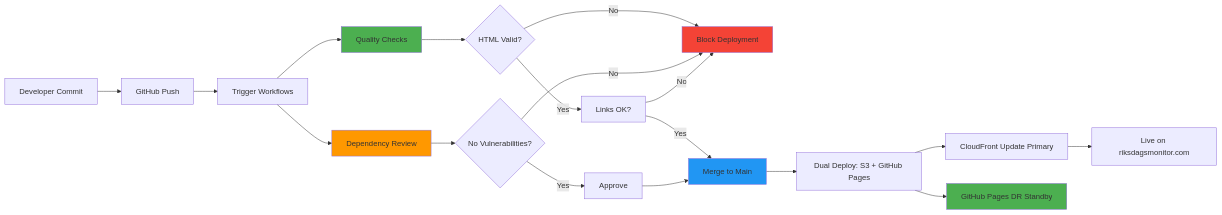
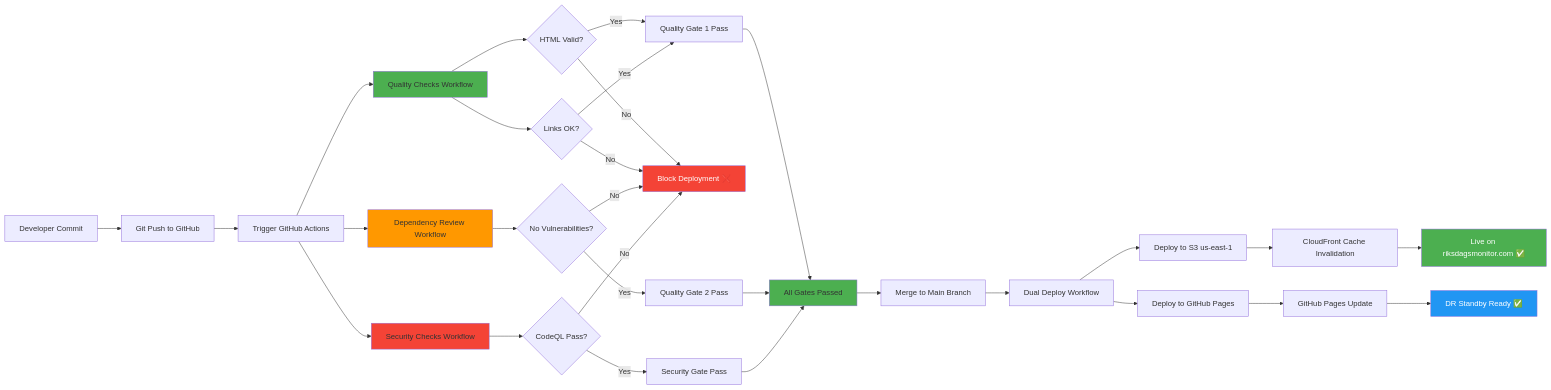
The fifth of 15 diagrams in ARCHITECTURE.md (Hack23/riksdagsmonitor), drawn with Mermaid before and after one commit. The commit also changed other lines of this file, not shown here.

Commit message:
docs: restructure ARCHITECTURE.md to C4 standard with header, doc map, C4 views, layers, patterns, and footer

````diff
--- a/ARCHITECTURE.md
+++ b/ARCHITECTURE.md
@@ -139,32 +380,44 @@
 ```mermaid
 graph LR
-    A[Developer Commit] --> B[GitHub Push]
-    B --> C[Trigger Workflows]
+    A[Developer Commit] --> B[Git Push to GitHub]
+    B --> C[Trigger GitHub Actions]
     
-    C --> D[Quality Checks]
-    C --> E[Dependency Review]
+    C --> D[Quality Checks Workflow]
+    C --> E[Dependency Review Workflow]
+    C --> F[Security Checks Workflow]
     
-    D --> F{HTML Valid?}
-    E --> G{No Vulnerabilities?}
+    D --> G{HTML Valid?}
+    D --> H{Links OK?}
+    E --> I{No Vulnerabilities?}
+    F --> J{CodeQL Pass?}
     
-    F -->|Yes| H[Links OK?]
-    F -->|No| I[Block Deployment]
+    G -->|Yes| K[Quality Gate 1 Pass]
+    G -->|No| L[Block Deployment ❌]
+    H -->|Yes| K
+    H -->|No| L
+    I -->|Yes| M[Quality Gate 2 Pass]
+    I -->|No| L
+    J -->|Yes| N[Security Gate Pass]
+    J -->|No| L
     
-    G -->|Yes| J[Approve]
-    G -->|No| I
+    K --> O[All Gates Passed]
+    M --> O
+    N --> O
     
-    H -->|Yes| K[Merge to Main]
-    H -->|No| I
-    
-    J --> K
-    K --> L[Dual Deploy: S3 + GitHub Pages]
-    L --> M[CloudFront Update Primary]
-    L --> N[GitHub Pages DR Standby]
-    M --> O[Live on riksdagsmonitor.com]
+    O --> P[Merge to Main Branch]
+    P --> Q[Dual Deploy Workflow]
+    Q --> R[Deploy to S3 us-east-1]
+    Q --> S[Deploy to GitHub Pages]
+    R --> T[CloudFront Cache Invalidation]
+    S --> U[GitHub Pages Update]
+    T --> V[Live on riksdagsmonitor.com ✅]
+    U --> W[DR Standby Ready ✅]
     
     style D fill:#4caf50
     style E fill:#ff9800
-    style K fill:#2196f3
-    style I fill:#f44336
-    style N fill:#4caf50
+    style F fill:#f44336
+    style L fill:#f44336,color:#fff
+    style O fill:#4caf50
+    style V fill:#4caf50,color:#fff
+    style W fill:#2196f3,color:#fff
 ```
````
